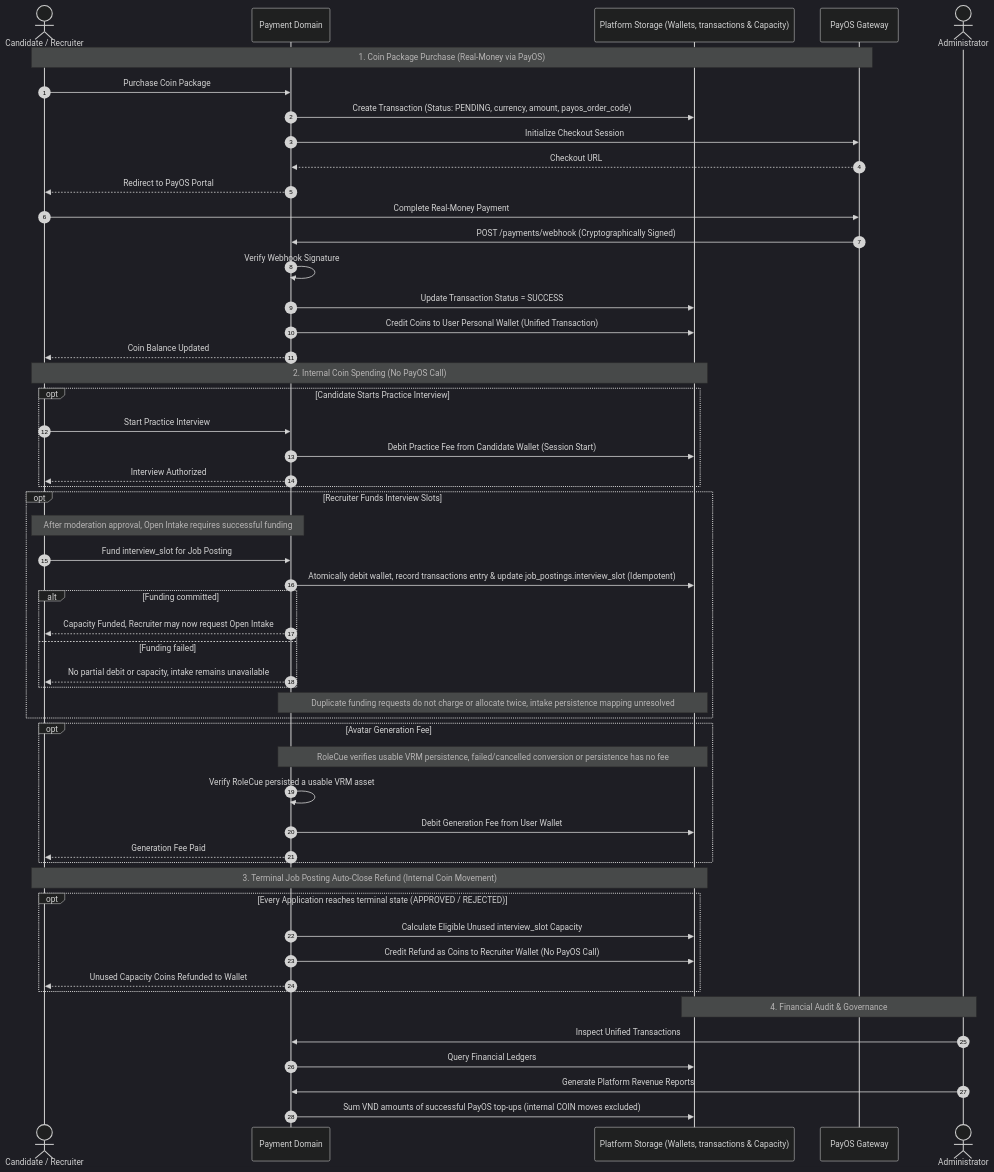
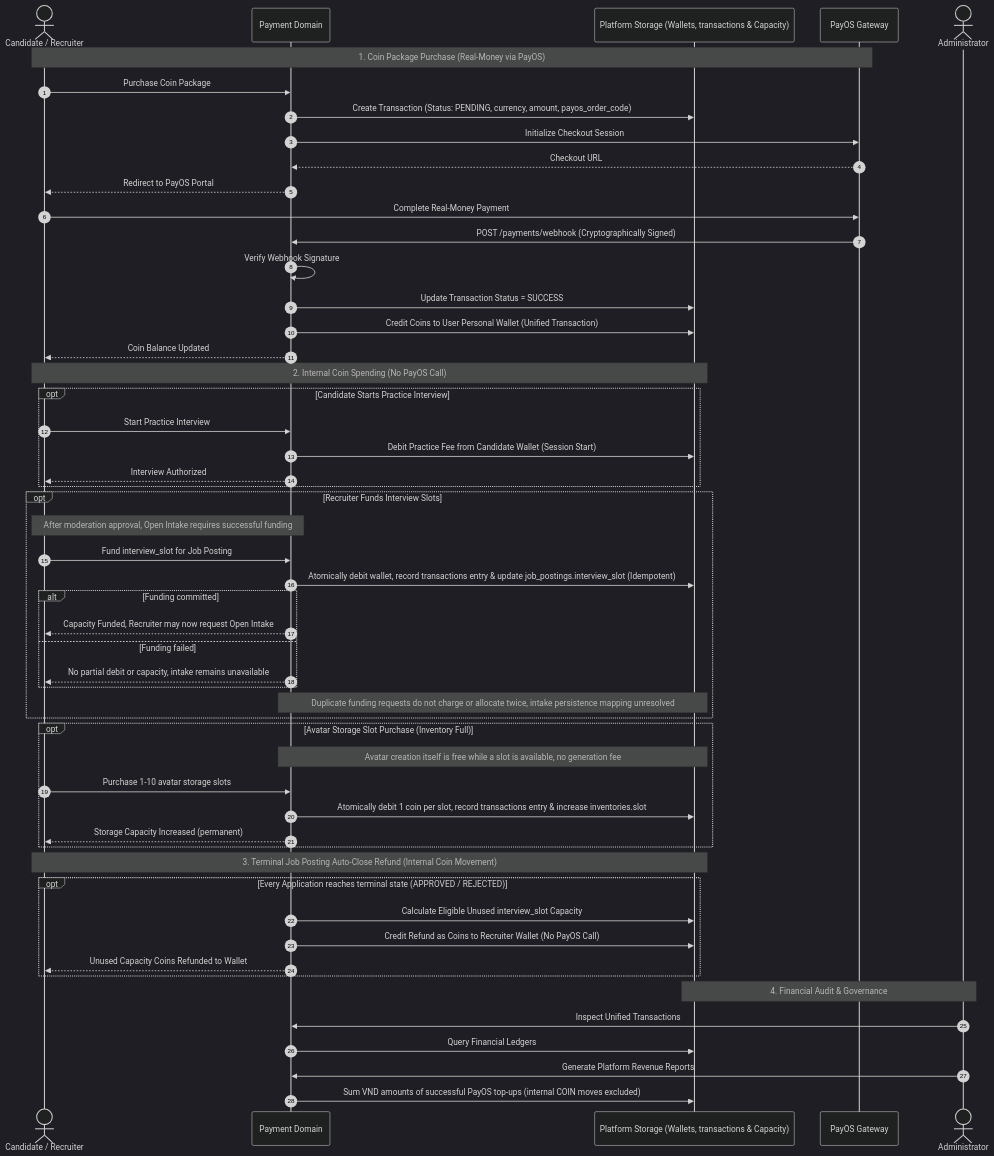
Before and after one commit to cog-forge/role-cue-brain: the diagram in 01_Domains/Payment/README.md, drawn with Mermaid (dark theme). The commit also changed other lines of this file and 10 other files, not shown here.

Commit message:
docs(brain): settle avatar charging as storage slots only

````diff
--- a/01_Domains/Payment/README.md
+++ b/01_Domains/Payment/README.md
@@ -77,59 +76,59 @@
 ```mermaid
 sequenceDiagram
     autonumber
     actor User as Candidate / Recruiter
     participant Pay as Payment Domain
     participant DB as Platform Storage (Wallets, transactions & Capacity)
     participant PayOS as PayOS Gateway
     actor Admin as Administrator
 
     Note over User,PayOS: 1. Coin Package Purchase (Real-Money via PayOS)
     User->>Pay: Purchase Coin Package
     Pay->>DB: Create Transaction (Status: PENDING, currency, amount, payos_order_code)
     Pay->>PayOS: Initialize Checkout Session
     PayOS-->>Pay: Checkout URL
     Pay-->>User: Redirect to PayOS Portal
     User->>PayOS: Complete Real-Money Payment
     PayOS->>Pay: POST /payments/webhook (Cryptographically Signed)
     Pay->>Pay: Verify Webhook Signature
     Pay->>DB: Update Transaction Status = SUCCESS
     Pay->>DB: Credit Coins to User Personal Wallet (Unified Transaction)
     Pay-->>User: Coin Balance Updated
 
     Note over User,DB: 2. Internal Coin Spending (No PayOS Call)
     opt Candidate Starts Practice Interview
         User->>Pay: Start Practice Interview
         Pay->>DB: Debit Practice Fee from Candidate Wallet (Session Start)
         Pay-->>User: Interview Authorized
     end
     opt Recruiter Funds Interview Slots
         Note over User,Pay: After moderation approval, Open Intake requires successful funding
         User->>Pay: Fund interview_slot for Job Posting
         Pay->>DB: Atomically debit wallet, record transactions entry & update job_postings.interview_slot (Idempotent)
         alt Funding committed
             Pay-->>User: Capacity Funded, Recruiter may now request Open Intake
         else Funding failed
             Pay-->>User: No partial debit or capacity, intake remains unavailable
         end
         Note over Pay,DB: Duplicate funding requests do not charge or allocate twice, intake persistence mapping unresolved
     end
-    opt Avatar Generation Fee
-        Note over Pay,DB: RoleCue verifies usable VRM persistence, failed/cancelled conversion or persistence has no fee
-        Pay->>Pay: Verify RoleCue persisted a usable VRM asset
-        Pay->>DB: Debit Generation Fee from User Wallet
-        Pay-->>User: Generation Fee Paid
+    opt Avatar Storage Slot Purchase (Inventory Full)
+        Note over Pay,DB: Avatar creation itself is free while a slot is available, no generation fee
+        User->>Pay: Purchase 1-10 avatar storage slots
+        Pay->>DB: Atomically debit 1 coin per slot, record transactions entry & increase inventories.slot
+        Pay-->>User: Storage Capacity Increased (permanent)
     end
 
     Note over User,DB: 3. Terminal Job Posting Auto-Close Refund (Internal Coin Movement)
     opt Every Application reaches terminal state (APPROVED / REJECTED)
         Pay->>DB: Calculate Eligible Unused interview_slot Capacity
         Pay->>DB: Credit Refund as Coins to Recruiter Wallet (No PayOS Call)
         Pay-->>User: Unused Capacity Coins Refunded to Wallet
     end
 
     Note over Admin,DB: 4. Financial Audit & Governance
     Admin->>Pay: Inspect Unified Transactions
     Pay->>DB: Query Financial Ledgers
     Admin->>Pay: Generate Platform Revenue Reports
     Pay->>DB: Sum VND amounts of successful PayOS top-ups (internal COIN moves excluded)
 ```
````
